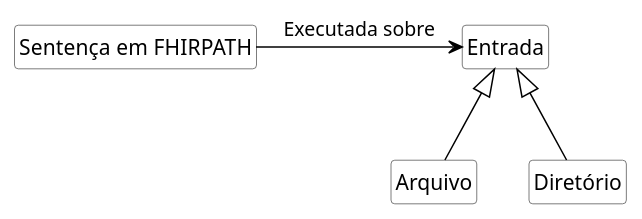
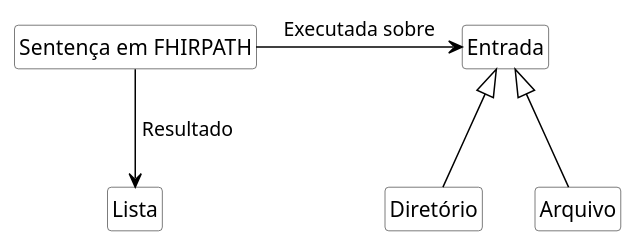
One commit to kyriosdata/rnds changed the diagram in tools/fhirpathcli/UML/analise.puml. Above: the diagram before and after it, drawn with PlantUML. The commit also changed 1 other file, not shown here.

```diff
--- a/tools/fhirpathcli/UML/analise.puml
+++ b/tools/fhirpathcli/UML/analise.puml
@@ -1,17 +1,18 @@
 @startuml analise
 
 hide circle
 hide methods
 hide empty members
 
 skinparam class {
     BackgroundColor White
     ArrowColor Black
     BorderColor #505050
 }
 
 Arquivo -up-|> Entrada
 Diretório -up-|> Entrada
 
 "Sentença em FHIRPATH" -right-> Entrada : "Executada sobre"
+"Sentença em FHIRPATH" -down-> Lista : " Resultado"
 @enduml
```
